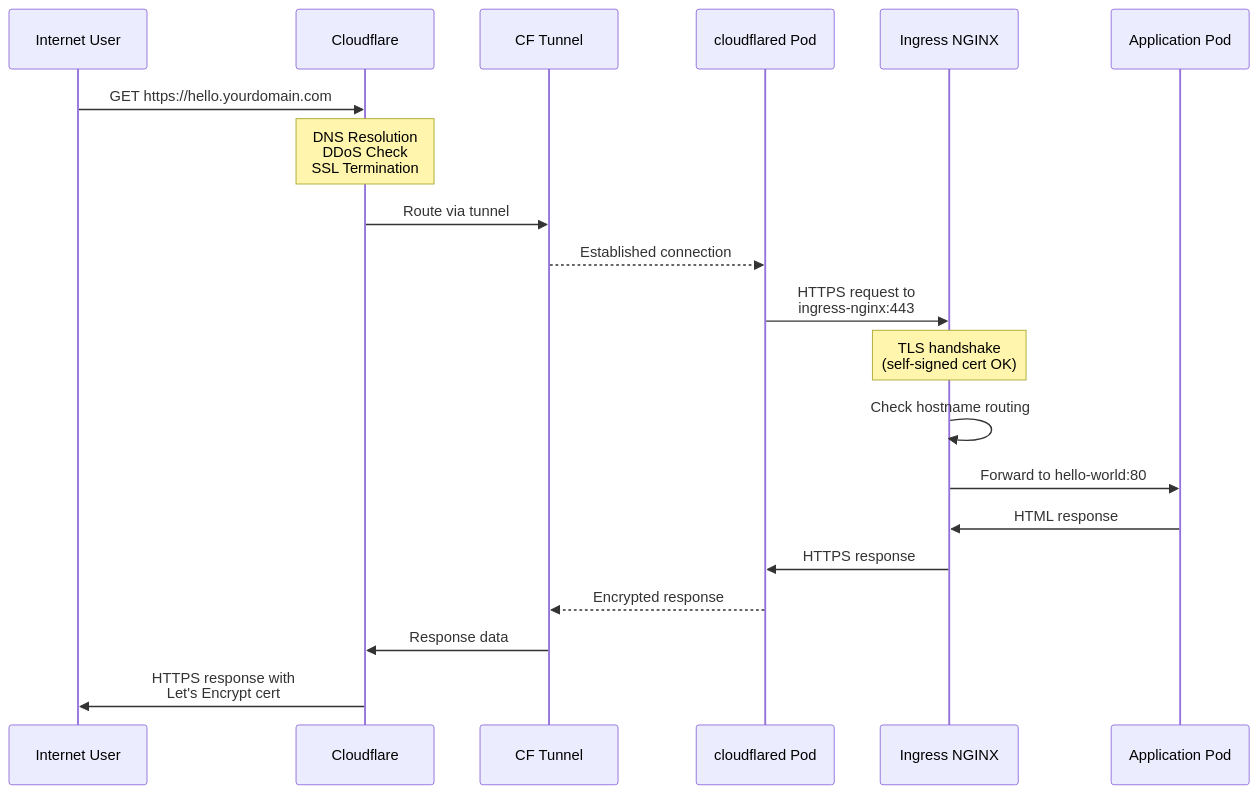
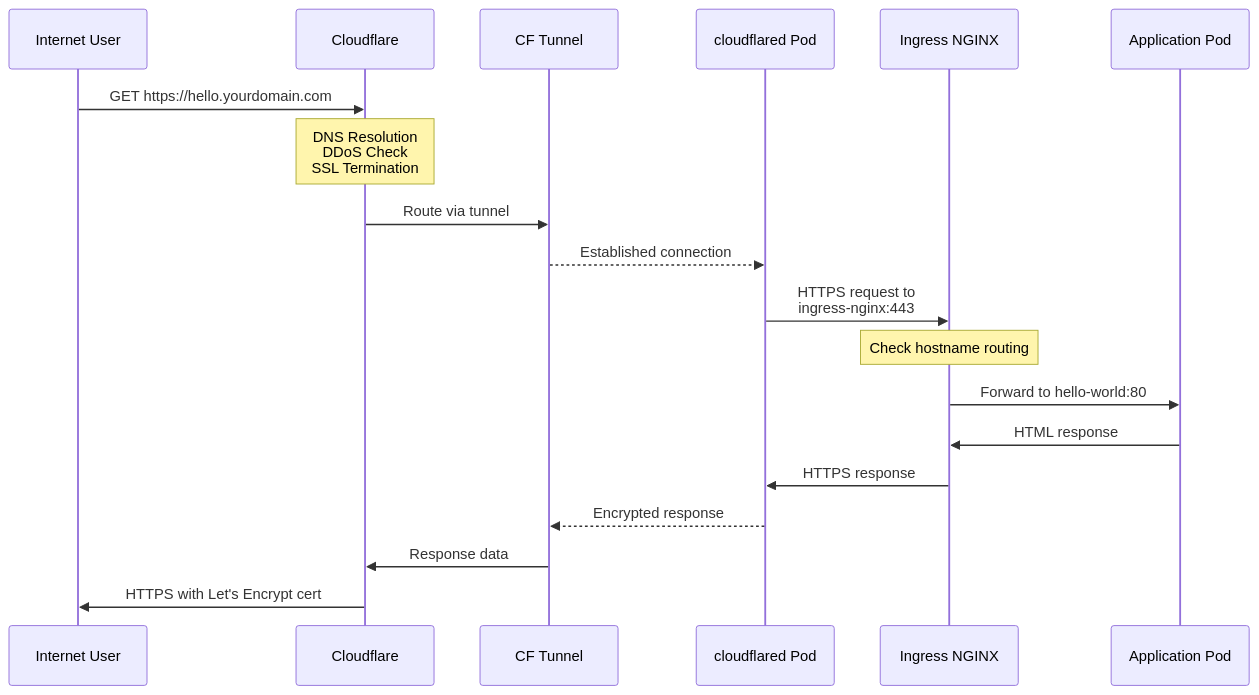
The second of 2 diagrams in README.md (kennydukor/HomeLabSetup), drawn with Mermaid before and after one commit. The commit also changed other lines of this file, not shown here.

````diff
--- a/README.md
+++ b/README.md
@@ -203,23 +130,22 @@
 ```mermaid
 sequenceDiagram
     participant User as Internet User
     participant CF as Cloudflare
     participant Tunnel as CF Tunnel
     participant CFPod as cloudflared Pod
     participant Ingress as Ingress NGINX
     participant Pod as Application Pod
 
     User->>CF: GET https://hello.yourdomain.com
     Note over CF: DNS Resolution<br/>DDoS Check<br/>SSL Termination
     CF->>Tunnel: Route via tunnel
     Tunnel-->>CFPod: Established connection
     CFPod->>Ingress: HTTPS request to<br/>ingress-nginx:443
-    Note over Ingress: TLS handshake<br/>(self-signed cert OK)
-    Ingress->>Ingress: Check hostname routing
+    Note over Ingress: Check hostname routing
     Ingress->>Pod: Forward to hello-world:80
     Pod->>Ingress: HTML response
     Ingress->>CFPod: HTTPS response
     CFPod-->>Tunnel: Encrypted response
     Tunnel->>CF: Response data
-    CF->>User: HTTPS response with<br/>Let's Encrypt cert
+    CF->>User: HTTPS with Let's Encrypt cert
 ```
````
